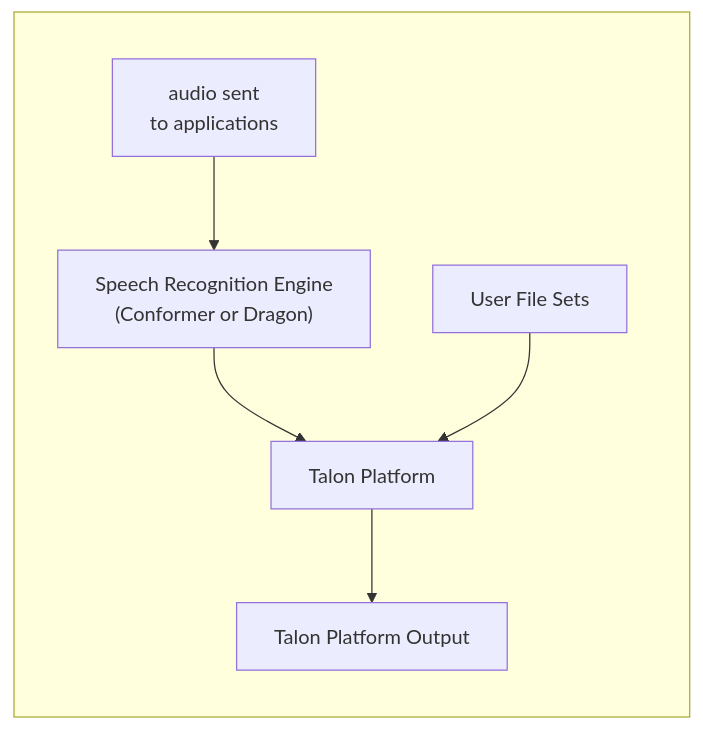
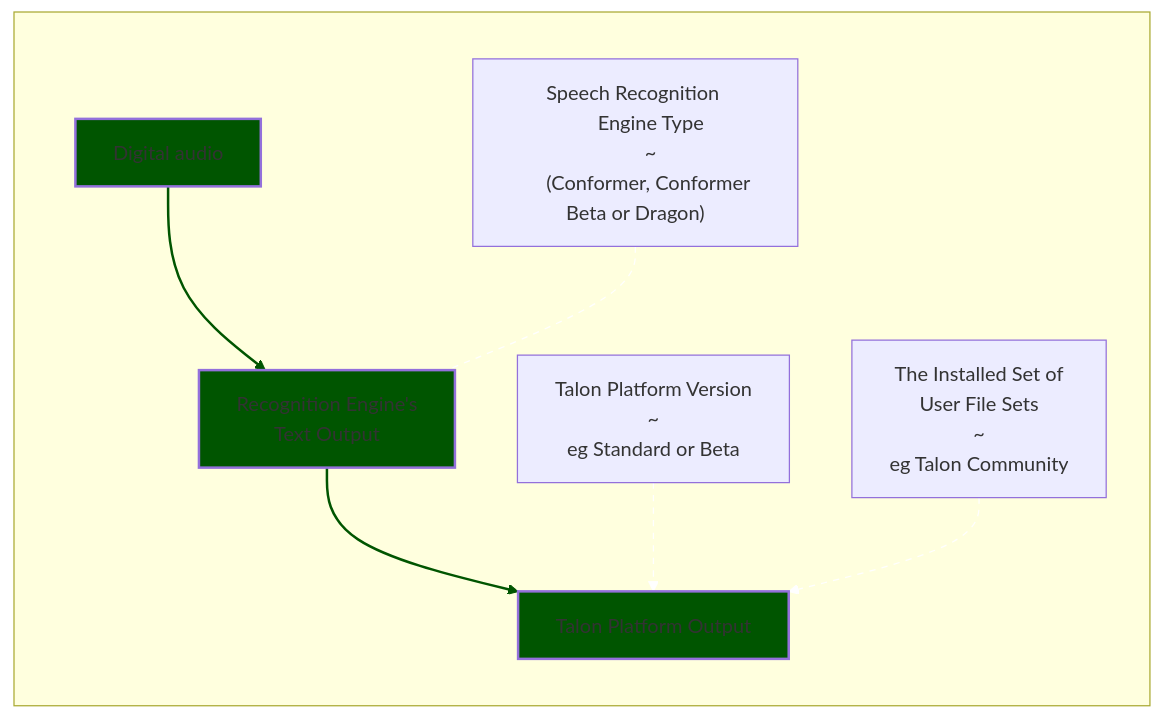
Before and after one commit to TalonCommunity/Wiki: the fourth of 4 diagrams in docs/Resource Hub/Speech Recognition/improving_recognition_accuracy.md, drawn with Mermaid. The commit also changed other lines of this file and 2 other files, not shown here.

````diff
--- a/docs/Resource Hub/Speech Recognition/improving_recognition_accuracy.md
+++ b/docs/Resource Hub/Speech Recognition/improving_recognition_accuracy.md
@@ -149,18 +211,36 @@
 ```mermaid
 flowchart
   subgraph final_stage [" "]
     direction TB
-    app_audio[audio sent 
-      to applications]
-    app_audio --> speech_engine
-    speech_engine["Speech Recognition Engine
-      (Conformer or Dragon)"]
-    speech_engine --> talon_platform
+    app_audio[Digital audio]
+    app_audio --> text_output
 
-    user_file_sets["User File Sets"]
-    user_file_sets --> talon_platform
-    talon_platform["Talon Platform"]
-    talon_platform --> talon_output
+    text_output["Recognition Engine's
+      Text Output"]
+    text_output --> talon_output
+    
+    engine_type["Speech Recognition 
+      Engine Type
+      ~
+      (Conformer, Conformer Beta or Dragon)"]
+    engine_type --- text_output
+
+    talon_platform_version["Talon Platform Version
+      ~
+      eg Standard or Beta"]
+    talon_platform_version --> talon_output
     talon_output["Talon Platform Output"]
+
+    user_file_sets["The Installed Set of
+      User File Sets
+      ~
+      eg Talon Community"]
+    user_file_sets --> talon_output
+
+    classDef mainInfoPath fill:#050,stroke-width:2px;
+    class app_audio,text_output,talon_output mainInfoPath;
+
+    linkStyle 0,1 stroke:#050,stroke-width:2px,color:red;
+    linkStyle 2,3,4 stroke:#fff,color:black,stroke-dasharray: 5 5;
   end
 ```
````
